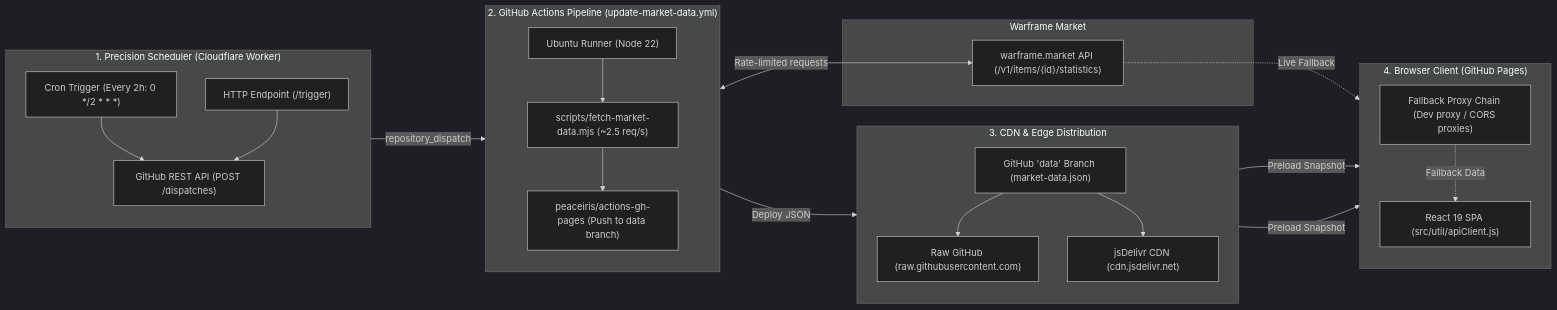
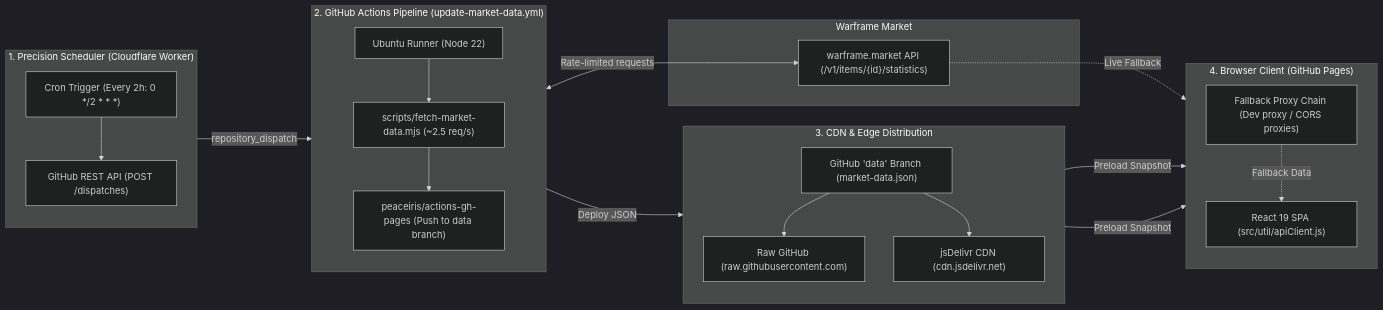
The diagram in README.md (Szitku/loid-arcane-packs-value), drawn with Mermaid (dark theme) before and after one commit. The commit also changed other lines of this file, not shown here.

Commit message:
docs(readme): remove all mentions of the manual trigger endpoint

````diff
--- a/README.md
+++ b/README.md
@@ -138,47 +137,45 @@
 ```mermaid
 flowchart LR
     subgraph Scheduler["1. Precision Scheduler (Cloudflare Worker)"]
         direction TB
         CRON["Cron Trigger (Every 2h: 0 */2 * * *)"]
-        MANUAL["HTTP Endpoint (/trigger)"]
         DISPATCH["GitHub REST API (POST /dispatches)"]
         CRON --> DISPATCH
-        MANUAL --> DISPATCH
     end
 
     subgraph CI["2. GitHub Actions Pipeline (update-market-data.yml)"]
         direction TB
         RUNNER["Ubuntu Runner (Node 22)"]
         FETCHER["scripts/fetch-market-data.mjs (~2.5 req/s)"]
         DEPLOY["peaceiris/actions-gh-pages (Push to data branch)"]
         RUNNER --> FETCHER
         FETCHER --> DEPLOY
     end
 
     subgraph WFM["Warframe Market"]
         API["warframe.market API (/v1/items/{id}/statistics)"]
     end
 
     subgraph Storage["3. CDN & Edge Distribution"]
         direction TB
         DATA_BRANCH["GitHub 'data' Branch (market-data.json)"]
         RAW["Raw GitHub (raw.githubusercontent.com)"]
         JSDELIVR["jsDelivr CDN (cdn.jsdelivr.net)"]
         DATA_BRANCH --> RAW
         DATA_BRANCH --> JSDELIVR
     end
 
     subgraph Client["4. Browser Client (GitHub Pages)"]
         direction TB
         APP["React 19 SPA (src/util/apiClient.js)"]
         PROXIES["Fallback Proxy Chain (Dev proxy / CORS proxies)"]
     end
 
     DISPATCH -->|"repository_dispatch"| RUNNER
     FETCHER <-->|"Rate-limited requests"| API
     DEPLOY -->|"Deploy JSON"| DATA_BRANCH
     RAW -->|"Preload Snapshot"| APP
     JSDELIVR -->|"Preload Snapshot"| APP
     API -.->|"Live Fallback"| PROXIES
     PROXIES -.->|"Fallback Data"| APP
 ```
````
